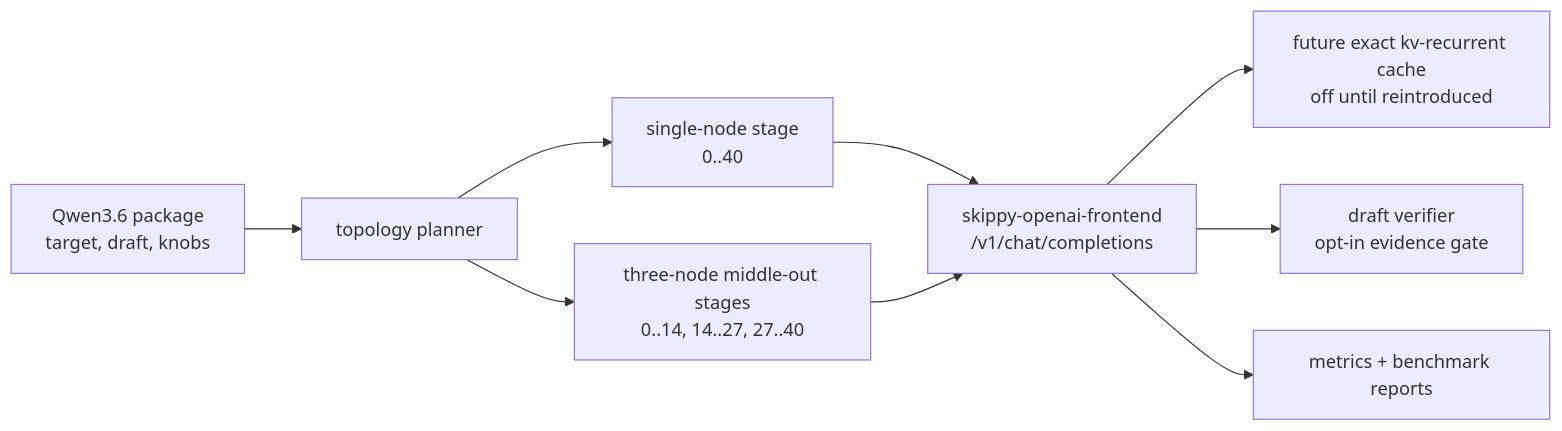
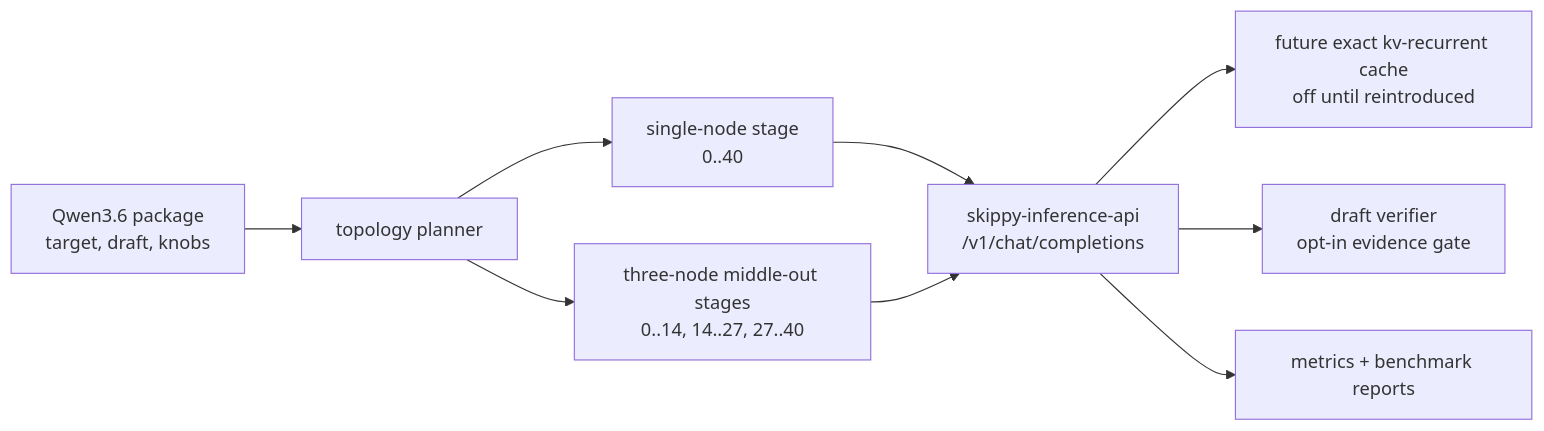
The diagram in skippy/docs/family/qwen.md (76287298092/mesh-llm), drawn with Mermaid before and after one commit. The commit also changed other lines of this file and 200 other files, not shown here.

Commit message:
refactor(skippy): rename frontend crate to inference API

````diff
--- a/skippy/docs/family/qwen.md
+++ b/skippy/docs/family/qwen.md
@@ -14,11 +14,11 @@
 ```mermaid
 flowchart LR
     Package["Qwen3.6 package<br/>target, draft, knobs"] --> Planner["topology planner"]
     Planner --> Single["single-node stage<br/>0..40"]
     Planner --> Multi["three-node middle-out stages<br/>0..14, 14..27, 27..40"]
-    Single --> Runner["skippy-openai-frontend<br/>/v1/chat/completions"]
+    Single --> Runner["skippy-inference-api<br/>/v1/chat/completions"]
     Multi --> Runner
     Runner --> Cache["future exact kv-recurrent cache<br/>off until reintroduced"]
     Runner --> Draft["draft verifier<br/>opt-in evidence gate"]
     Runner --> Metrics["metrics + benchmark reports"]
 ```
````
